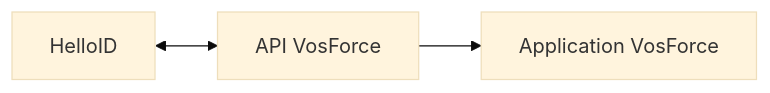
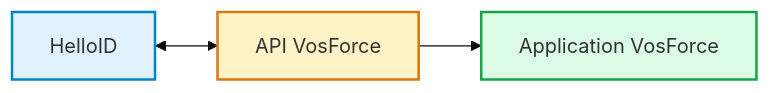
One commit to Tools4everBV/HelloID-Conn-Prov-Target-Voskamp-VosForce changed the diagram in README.md. Above: the diagram before and after it, drawn with Mermaid (base theme).

````diff
--- a/README.md
+++ b/README.md
@@ -129,5 +129,9 @@
 ```mermaid
 flowchart LR
     HELLOID["HelloID"] <--> API["API VosForce"]
     API --> APP["Application VosForce"]
+
+    style HELLOID fill:#e0f2fe,stroke:#0284c7,stroke-width:2px
+    style API fill:#fef3c7,stroke:#d97706,stroke-width:2px
+    style APP fill:#dcfce7,stroke:#16a34a,stroke-width:2px
 ```
````
